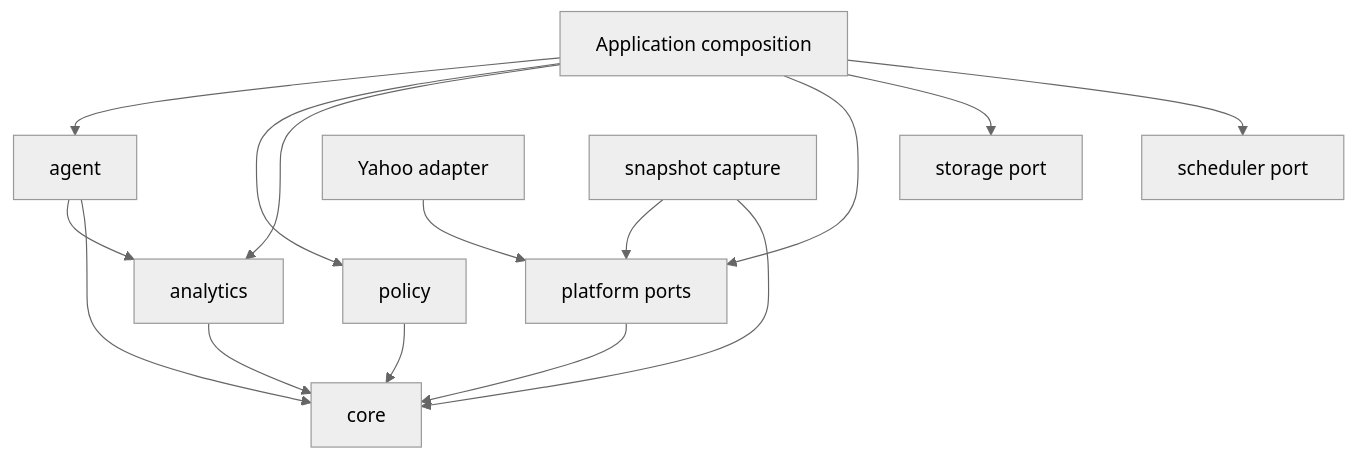
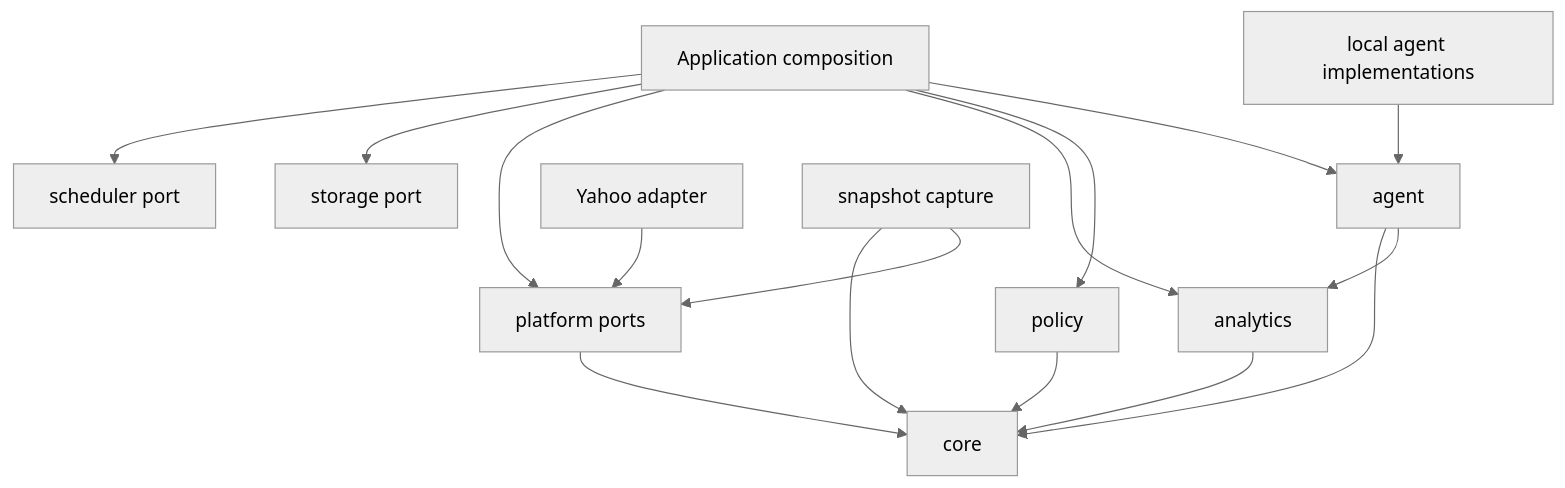
The diagram in docs/ARCHITECTURE.md (spencer-dye/eggbot), drawn with Mermaid (neutral theme) before and after one commit. The commit also changed other lines of this file and 16 other files, not shown here.

````diff
--- a/docs/ARCHITECTURE.md
+++ b/docs/ARCHITECTURE.md
@@ -24,17 +25,18 @@
 ```mermaid
 flowchart TD
   CLI[Application composition] --> A[agent]
   CLI --> P[policy]
   CLI --> N[analytics]
   CLI --> FP[platform ports]
   CLI --> S[storage port]
   CLI --> J[scheduler port]
   Y[Yahoo adapter] --> FP
+  AL[local agent implementations] --> A
   LS[snapshot capture] --> FP
   LS --> C
   A --> N
   A --> C[core]
   P --> C
   N --> C
   FP --> C
 ```
````
